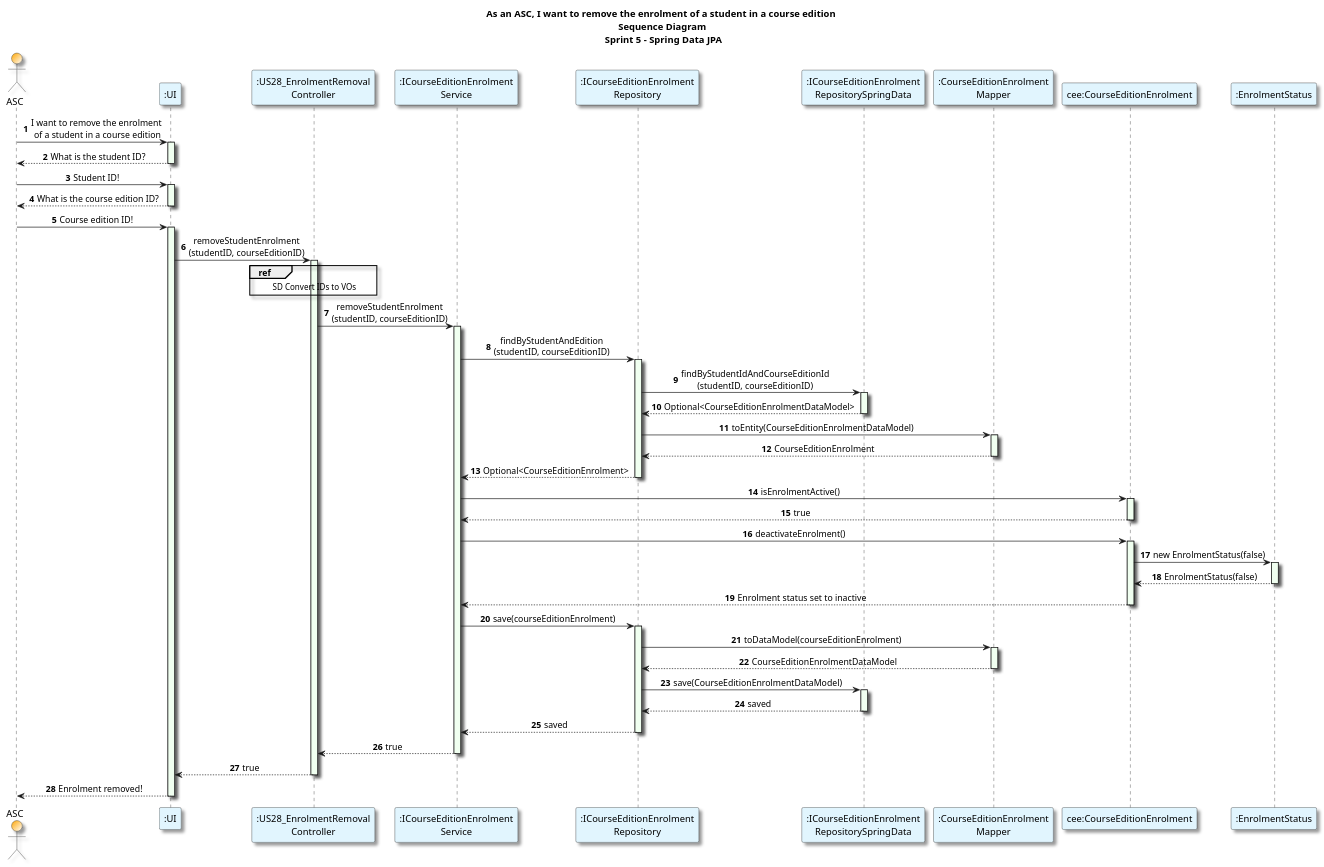
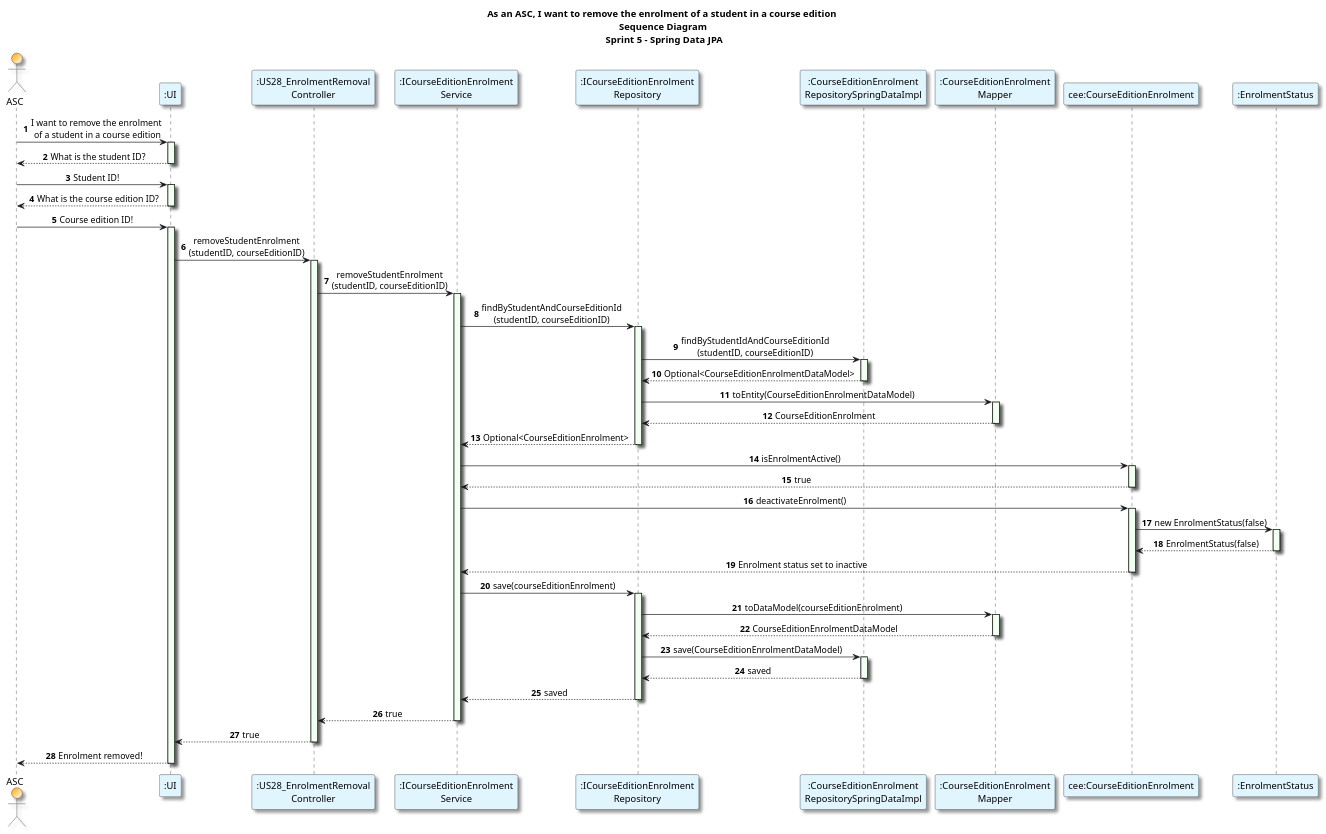
The diagram in docs/US28/Sprint5_SprintDataJPA/US28_JPA_EnrolmentRemoval_SequenceDiagram.puml (GasparISEP/DevOps-PAI), drawn with PlantUML before and after one commit.

Commit message:
Refs #320, #359: Refactor Enrolment Removal JPA Sequence Diagram to Replace Spring Data Interface with Implementation and Remove Unnecessary ID-to-VO Conversion

```diff
--- a/docs/US28/Sprint5_SprintDataJPA/US28_JPA_EnrolmentRemoval_SequenceDiagram.puml
+++ b/docs/US28/Sprint5_SprintDataJPA/US28_JPA_EnrolmentRemoval_SequenceDiagram.puml
@@ -1,98 +1,95 @@
 @startuml
 
 title As an ASC, I want to remove the enrolment of a student in a course edition \n Sequence Diagram \n Sprint 5 - Spring Data JPA
 autonumber
 skinparam {
   ActivityPadding 2
   ActivityMargin 2
   BoxPadding 2
 }
 skinparam defaultTextAlignment center
 skinparam shadowing true
 
 actor ASC #Orange/White
 participant ":UI" as UI #E1F5FE
 participant ":US28_EnrolmentRemoval\nController" as Controller #E1F5FE
 participant ":ICourseEditionEnrolment\nService" as Service #E1F5FE
 participant ":ICourseEditionEnrolment\nRepository" as Repository #E1F5FE
-participant ":ICourseEditionEnrolment\nRepositorySpringData" as SpringDataRepo #E1F5FE
+participant ":CourseEditionEnrolment\nRepositorySpringDataImpl" as SpringDataRepo #E1F5FE
 participant ":CourseEditionEnrolment\nMapper" as Mapper #E1F5FE
 
 ' Step 1: ASC triggers removal
 ASC -> UI : I want to remove the enrolment\n of a student in a course edition
 activate UI #HoneyDew
 UI --> ASC : What is the student ID?
 deactivate UI
 ASC -> UI : Student ID!
 activate UI #HoneyDew
 UI --> ASC : What is the course edition ID?
 deactivate UI
 ASC -> UI : Course edition ID!
 activate UI #HoneyDew
 UI -> Controller: removeStudentEnrolment\n(studentID, courseEditionID)
-ref over Controller
-    SD Convert IDs to VOs
-end ref
 activate Controller #HoneyDew
 
 ' Step 2: Delegate to service
 Controller -> Service: removeStudentEnrolment\n(studentID, courseEditionID)
 activate Service #HoneyDew
 
 ' Step 3: Check if enrolment exists
-Service -> Repository: findByStudentAndEdition\n(studentID, courseEditionID)
+Service -> Repository: findByStudentAndCourseEditionId\n(studentID, courseEditionID)
 activate Repository #HoneyDew
 Repository -> SpringDataRepo: findByStudentIdAndCourseEditionId\n(studentID, courseEditionID)
 activate SpringDataRepo #HoneyDew
 SpringDataRepo --> Repository: Optional<CourseEditionEnrolmentDataModel>
 deactivate SpringDataRepo
 
 ' Step 4: Map to domain entity
 Repository -> Mapper: toEntity(CourseEditionEnrolmentDataModel)
 activate Mapper #HoneyDew
 Mapper --> Repository: CourseEditionEnrolment
 deactivate Mapper
 Repository --> Service: Optional<CourseEditionEnrolment>
 deactivate Repository
 
 ' Step 5: Deactivate Enrolment
 participant "cee:CourseEditionEnrolment" as Enrolment #E1F5FE
 Service -> Enrolment : isEnrolmentActive()
 activate Enrolment #HoneyDew
 Enrolment --> Service : true
 deactivate Enrolment
 Service -> Enrolment : deactivateEnrolment()
 activate Enrolment #HoneyDew
 participant ":EnrolmentStatus" as Status #E1F5FE
 Enrolment -> Status : new EnrolmentStatus(false)
 activate Status #HoneyDew
 Status --> Enrolment : EnrolmentStatus(false)
 deactivate Status
 Enrolment --> Service : Enrolment status set to inactive
 deactivate Enrolment
 
 ' Step 6: Persist updated enrolment
 Service -> Repository: save(courseEditionEnrolment)
 activate Repository #HoneyDew
 Repository -> Mapper: toDataModel(courseEditionEnrolment)
 activate Mapper #HoneyDew
 Mapper --> Repository: CourseEditionEnrolmentDataModel
 deactivate Mapper
 
 Repository -> SpringDataRepo: save(CourseEditionEnrolmentDataModel)
 activate SpringDataRepo #HoneyDew
 SpringDataRepo --> Repository: saved
 deactivate SpringDataRepo
 Repository --> Service: saved
 deactivate Repository
 
 ' Step 7: Response flow back
 Service --> Controller: true
 deactivate Service
 Controller --> UI: true
 deactivate Controller
 UI --> ASC: Enrolment removed!
 deactivate UI
 
 
 @enduml
```
